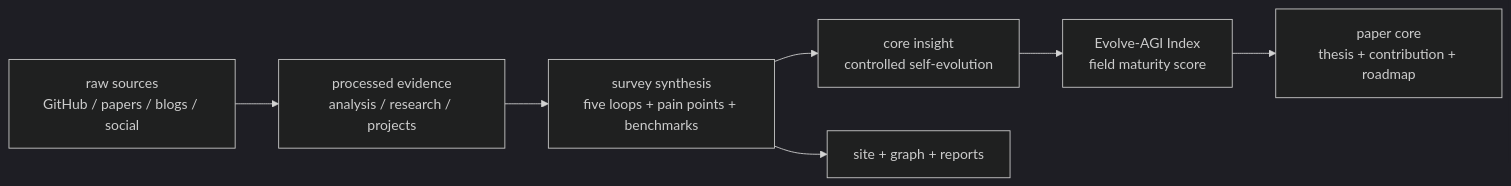
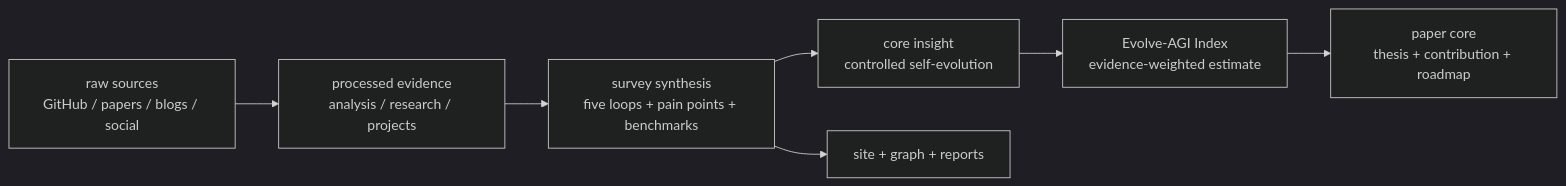
The first of 2 diagrams in README-EN.md (Shiyao-Huang/awesome-agent-evolution), drawn with Mermaid (dark theme) before and after one commit. The commit also changed other lines of this file and 42 other files, not shown here.

````diff
--- a/README-EN.md
+++ b/README-EN.md
@@ -46,9 +49,9 @@
 ```mermaid
 flowchart LR
   RAW["raw sources<br/>GitHub / papers / blogs / social"] --> PROC["processed evidence<br/>analysis / research / projects"]
   PROC --> SURVEY["survey synthesis<br/>five loops + pain points + benchmarks"]
   SURVEY --> SPARK["core insight<br/>controlled self-evolution"]
-  SPARK --> EAI["Evolve-AGI Index<br/>field maturity score"]
+  SPARK --> EAI["Evolve-AGI Index<br/>evidence-weighted estimate"]
   EAI --> PAPER["paper core<br/>thesis + contribution + roadmap"]
   SURVEY --> SITE["site + graph + reports"]
 ```
````
